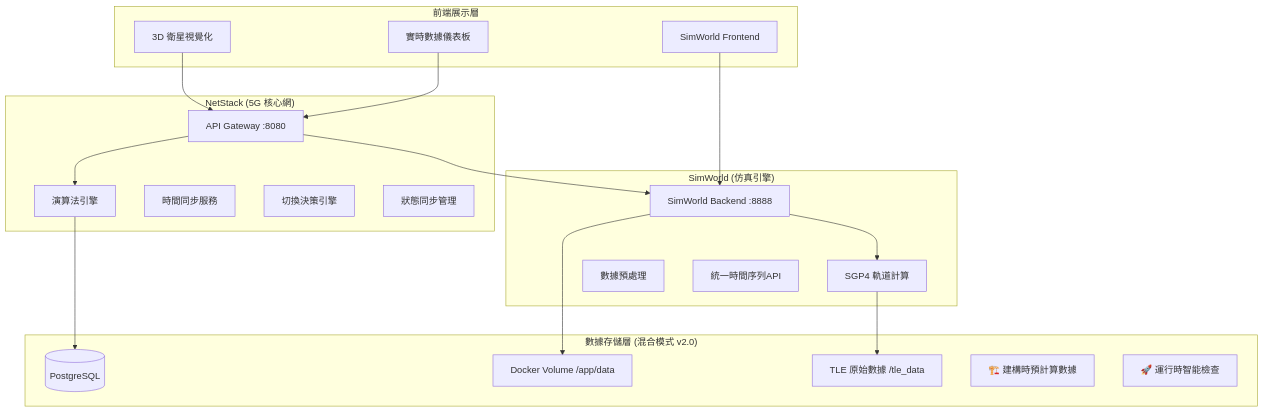
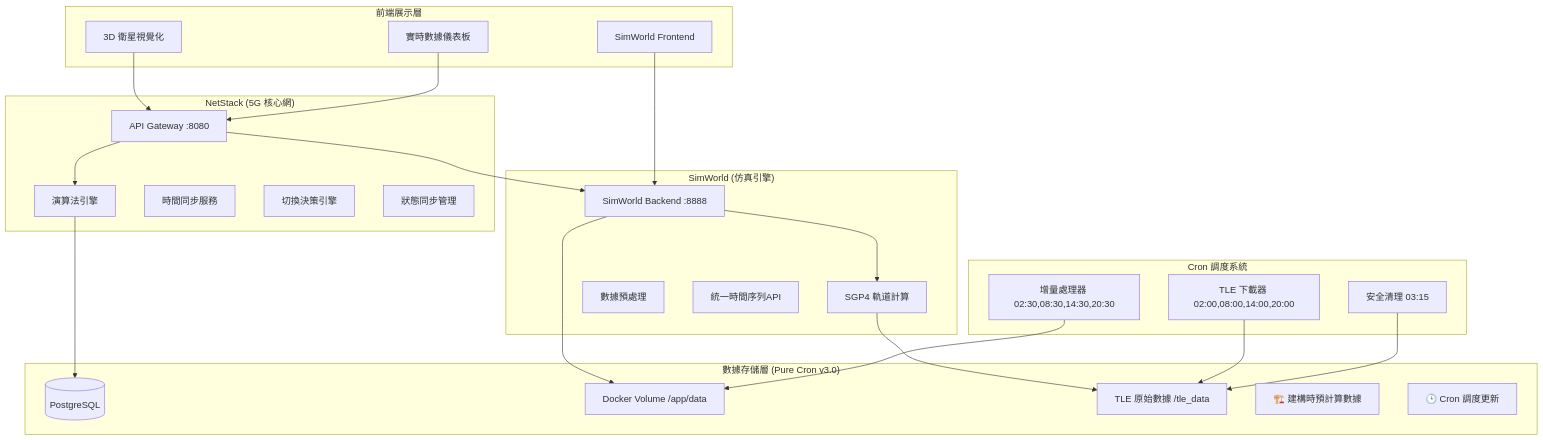
The first of 2 diagrams in docs/system_architecture.md (cedarwud/ntn-stack), drawn with Mermaid before and after one commit. The commit also changed other lines of this file and 243 other files, not shown here.

````diff
--- a/docs/system_architecture.md
+++ b/docs/system_architecture.md
@@ -14,41 +14,50 @@
 ```mermaid
 graph TB
     subgraph "前端展示層"
         F1[SimWorld Frontend]
         F2[3D 衛星視覺化]
         F3[實時數據儀表板]
     end
     
     subgraph "NetStack (5G 核心網)"
         N1[API Gateway :8080]
         N2[演算法引擎]
         N3[時間同步服務]
         N4[切換決策引擎]
         N5[狀態同步管理]
     end
     
     subgraph "SimWorld (仿真引擎)"
         S1[SimWorld Backend :8888]
         S2[SGP4 軌道計算]
         S3[數據預處理]
         S4[統一時間序列API]
     end
     
-    subgraph "數據存儲層 (混合模式 v2.0)"
+    subgraph "數據存儲層 (Pure Cron v3.0)"
         D1[(PostgreSQL)]
         D2[Docker Volume /app/data]
         D3[TLE 原始數據 /tle_data]
         D4[🏗️ 建構時預計算數據]
-        D5[🚀 運行時智能檢查]
+        D5[🕒 Cron 調度更新]
+    end
+    
+    subgraph "Cron 調度系統"
+        C1[TLE 下載器 02:00,08:00,14:00,20:00]
+        C2[增量處理器 02:30,08:30,14:30,20:30]
+        C3[安全清理 03:15]
     end
     
     F1 --> S1
     F2 --> N1
     F3 --> N1
     N1 --> N2
     N1 --> S1
     S1 --> S2
     S1 --> D2
     N2 --> D1
     S2 --> D3
+    C1 --> D3
+    C2 --> D2
+    C3 --> D3
 ```
````
